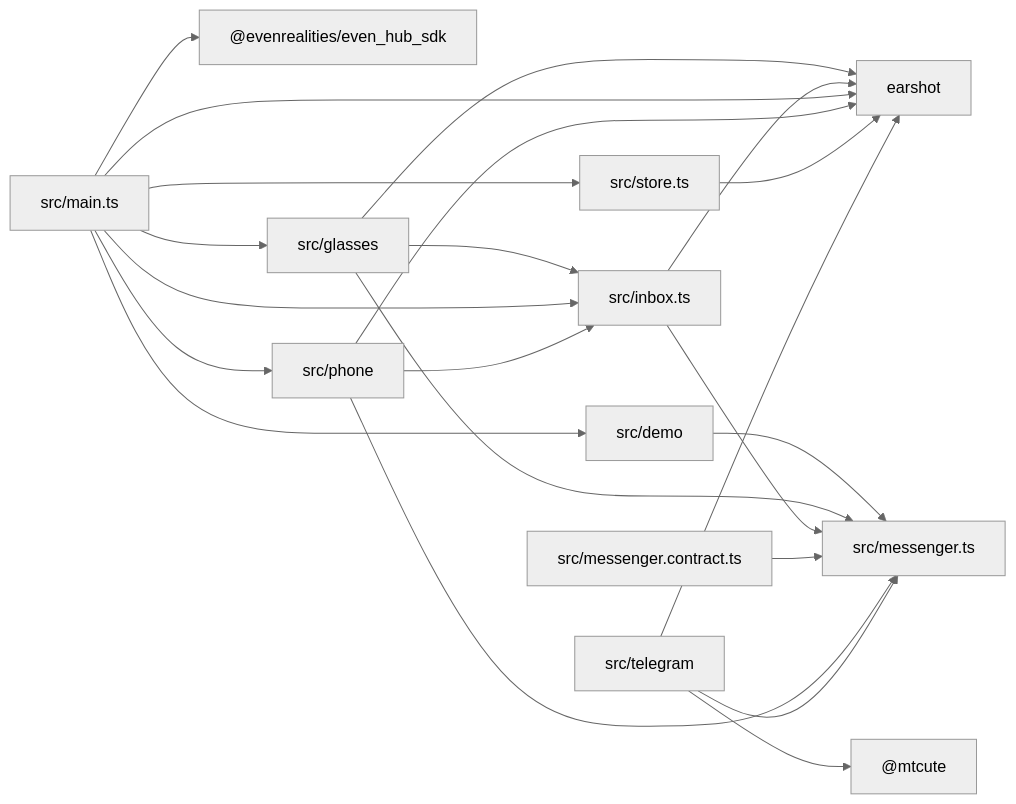
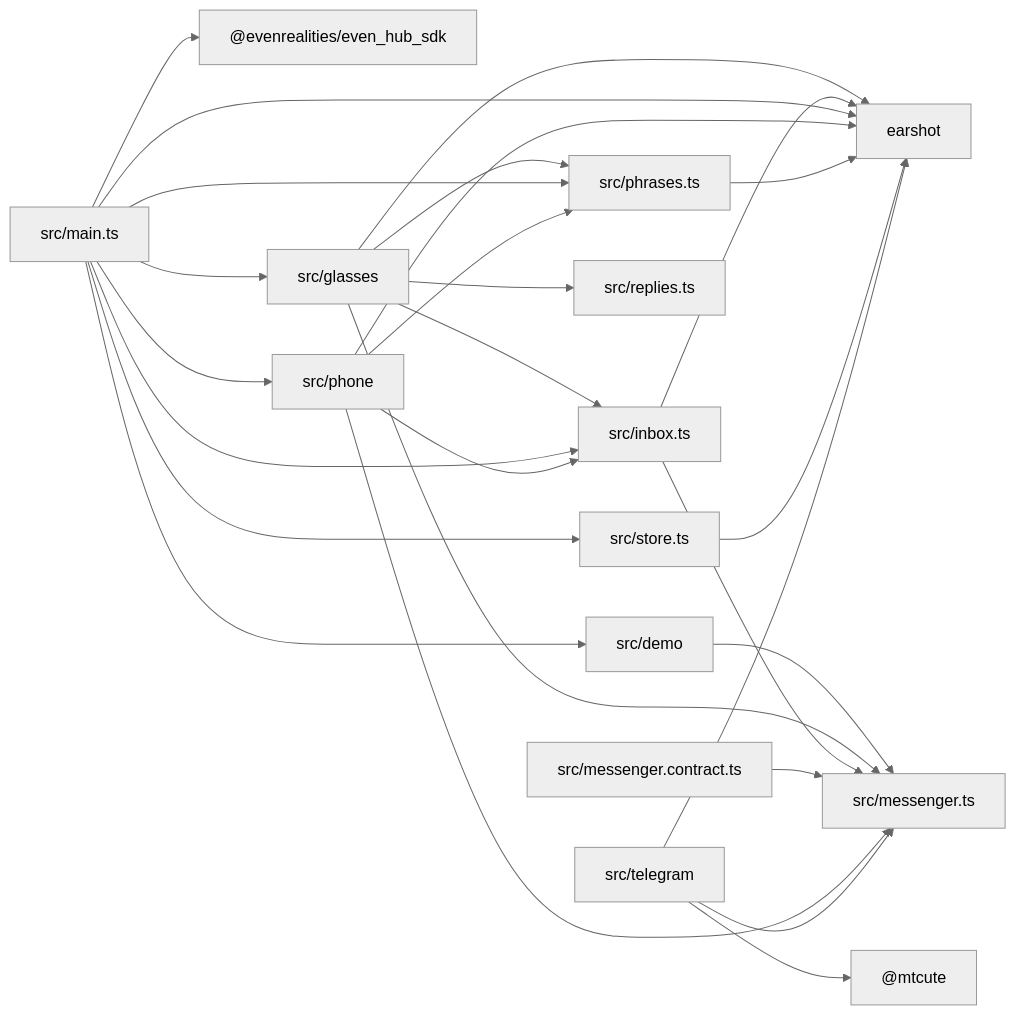
One commit to jarekbird/paper-plane changed the second of 2 diagrams in docs/architecture.md. Above: the diagram before and after it, drawn with Mermaid (neutral theme). The commit also changed 32 other files, not shown here.

````diff
--- a/docs/architecture.md
+++ b/docs/architecture.md
@@ -67,36 +67,43 @@
 ```mermaid
 flowchart LR
   _evenrealities_even_hub_sdk["@evenrealities/even_hub_sdk"]
   _mtcute["@mtcute"]
   earshot["earshot"]
   src_demo["src/demo"]
   src_glasses["src/glasses"]
   src_inbox_ts["src/inbox.ts"]
   src_main_ts["src/main.ts"]
   src_messenger_contract_ts["src/messenger.contract.ts"]
   src_messenger_ts["src/messenger.ts"]
   src_phone["src/phone"]
+  src_phrases_ts["src/phrases.ts"]
+  src_replies_ts["src/replies.ts"]
   src_store_ts["src/store.ts"]
   src_telegram["src/telegram"]
   src_demo --> src_messenger_ts
   src_glasses --> earshot
   src_glasses --> src_inbox_ts
   src_glasses --> src_messenger_ts
+  src_glasses --> src_phrases_ts
+  src_glasses --> src_replies_ts
   src_inbox_ts --> earshot
   src_inbox_ts --> src_messenger_ts
   src_main_ts --> _evenrealities_even_hub_sdk
   src_main_ts --> earshot
   src_main_ts --> src_demo
   src_main_ts --> src_glasses
   src_main_ts --> src_inbox_ts
   src_main_ts --> src_phone
+  src_main_ts --> src_phrases_ts
   src_main_ts --> src_store_ts
   src_messenger_contract_ts --> src_messenger_ts
   src_phone --> earshot
   src_phone --> src_inbox_ts
   src_phone --> src_messenger_ts
+  src_phone --> src_phrases_ts
+  src_phrases_ts --> earshot
   src_store_ts --> earshot
   src_telegram --> _mtcute
   src_telegram --> earshot
   src_telegram --> src_messenger_ts
 ```
````
